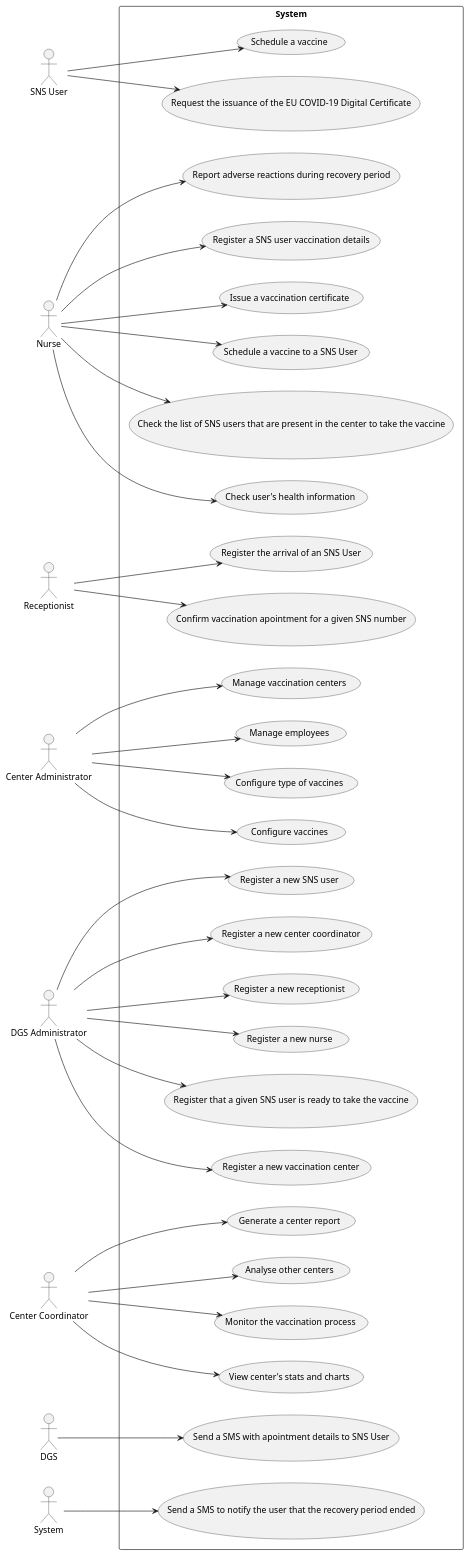
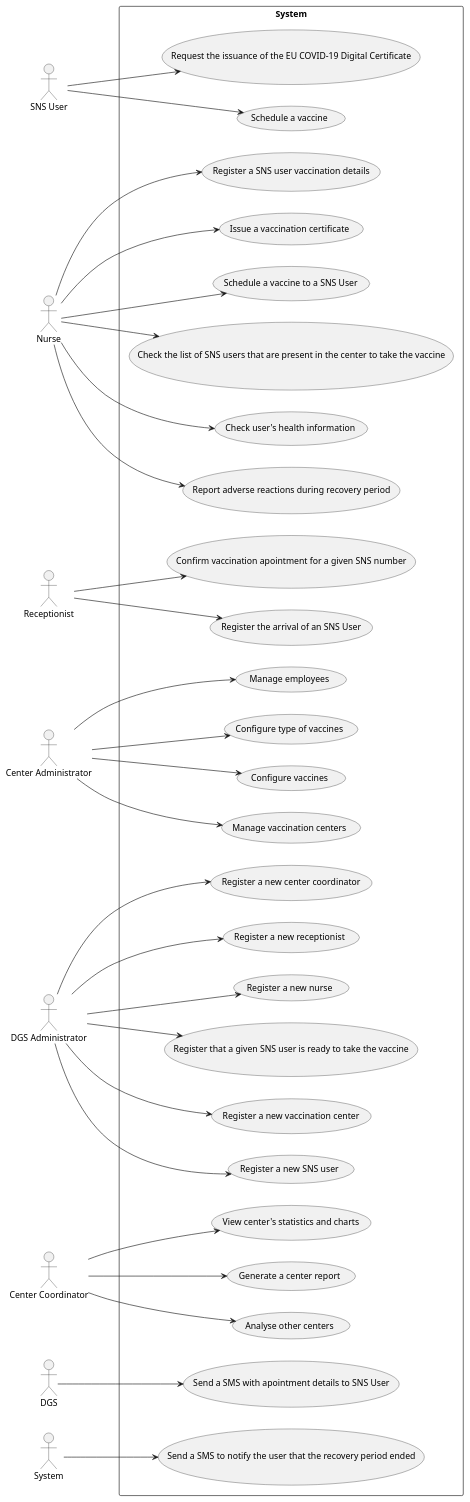
One commit to miseEnPlace-i/lapr2 changed the diagram in docs/SprintA/UCD.puml. Above: the diagram before and after it, drawn with PlantUML.

Commit message:
docs(ucd): removed useless uc

```diff
--- a/docs/SprintA/UCD.puml
+++ b/docs/SprintA/UCD.puml
@@ -1,70 +1,68 @@
 @startuml UCD
 
 left to right direction
 
 actor "SNS User" as user
 actor "Nurse" as nurse
 actor "Receptionist" as recept
 actor "Center Administrator" as cadmin
 actor "DGS Administrator" as dgsadmin
 actor "Center Coordinator" as coordinator
 actor "DGS" as dgs
 actor "System" as system
 
 rectangle System {
   usecase "Schedule a vaccine" as UC01
   usecase "Request the issuance of the EU COVID-19 Digital Certificate" as UC02
   usecase "Send a SMS with apointment details to SNS User" as UC03
   usecase "Issue a vaccination certificate" as UC04
   usecase "Schedule a vaccine to a SNS User" as UC05
   usecase "Check the list of SNS users that are present in the center to take the vaccine" as UC06
   usecase "Check user's health information" as UC07
   usecase "Report adverse reactions during recovery period" as UC08
   usecase "Register a SNS user vaccination details" as UC09
   usecase "Register the arrival of an SNS User" as UC10
   usecase "Confirm vaccination apointment for a given SNS number" as UC11
   usecase "Register that a given SNS user is ready to take the vaccine" as UC12
   usecase "Register a new vaccination center" as UC13
   usecase "Register a new SNS user" as UC14
   usecase "Register a new center coordinator" as UC15
   usecase "Register a new receptionist" as UC16
   usecase "Register a new nurse" as UC17
-  usecase "Monitor the vaccination process" as UC18
-  usecase "View center's stats and charts" as UC19
-  usecase "Generate a center report" as UC20
-  usecase "Analyse other centers" as UC21
-  usecase "Configure type of vaccines" as UC22
-  usecase "Configure vaccines" as UC23
-  usecase "Manage vaccination centers" as UC24
-  usecase "Manage employees" as UC25
-  usecase "Send a SMS to notify the user that the recovery period ended" as US26
+  usecase "View center's statistics and charts" as UC18
+  usecase "Generate a center report" as UC19
+  usecase "Analyse other centers" as UC20
+  usecase "Configure type of vaccines" as UC21
+  usecase "Configure vaccines" as UC22
+  usecase "Manage vaccination centers" as UC23
+  usecase "Manage employees" as UC24
+  usecase "Send a SMS to notify the user that the recovery period ended" as US25
 }
 
 user --> UC01
 user --> UC02
 dgs --> UC03
 nurse --> UC04
 nurse --> UC05
 nurse --> UC06
 nurse --> UC07
 nurse --> UC08
 nurse --> UC09
 recept --> UC10
 recept --> UC11
 dgsadmin --> UC12
 dgsadmin --> UC13
 dgsadmin --> UC14
 dgsadmin --> UC15
 dgsadmin --> UC16
 dgsadmin --> UC17
 coordinator --> UC18
 coordinator --> UC19
 coordinator --> UC20
-coordinator --> UC21
+cadmin --> UC21
 cadmin --> UC22
 cadmin --> UC23
 cadmin --> UC24
-cadmin --> UC25
-system --> US26
+system --> US25
 
 @enduml
```
